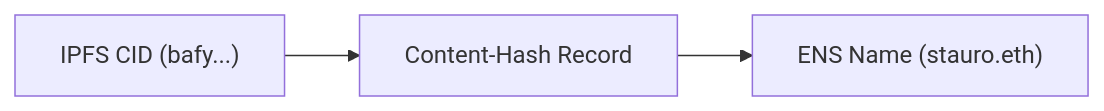
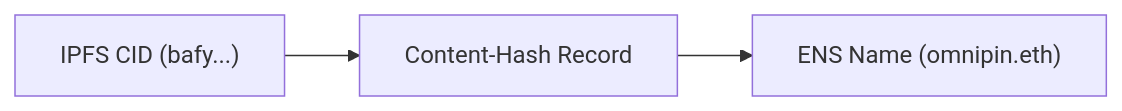
The diagram in docs/docs/index.md (omnipin/omnipin), drawn with Mermaid before and after one commit. The commit also changed other lines of this file and 31 other files, not shown here.

````diff
--- a/docs/docs/index.md
+++ b/docs/docs/index.md
@@ -152,9 +152,9 @@
 ```mermaid
 graph LR
-    ENS["ENS Name (stauro.eth)"]
+    ENS["ENS Name (omnipin.eth)"]
     CH["Content-Hash Record"]
     IPFS["IPFS CID (bafy...)"]
 
     CH --> ENS
     IPFS --> CH
 ```
````
